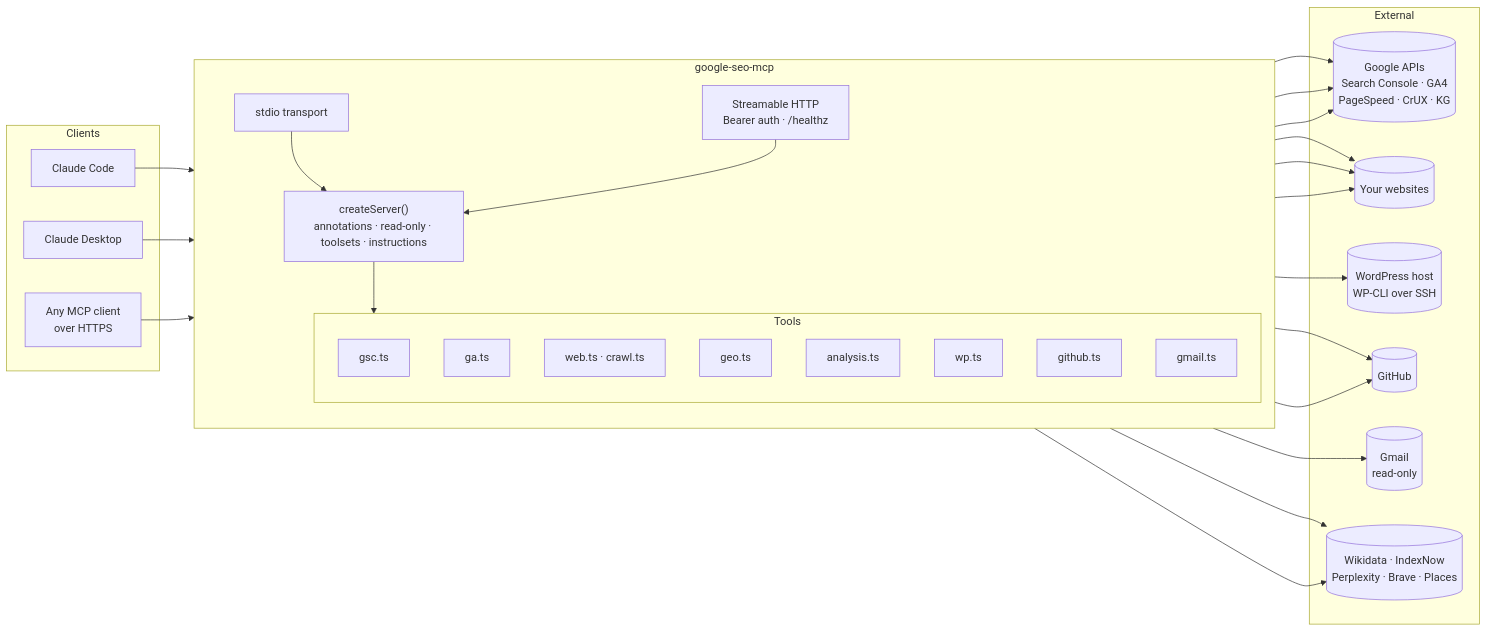
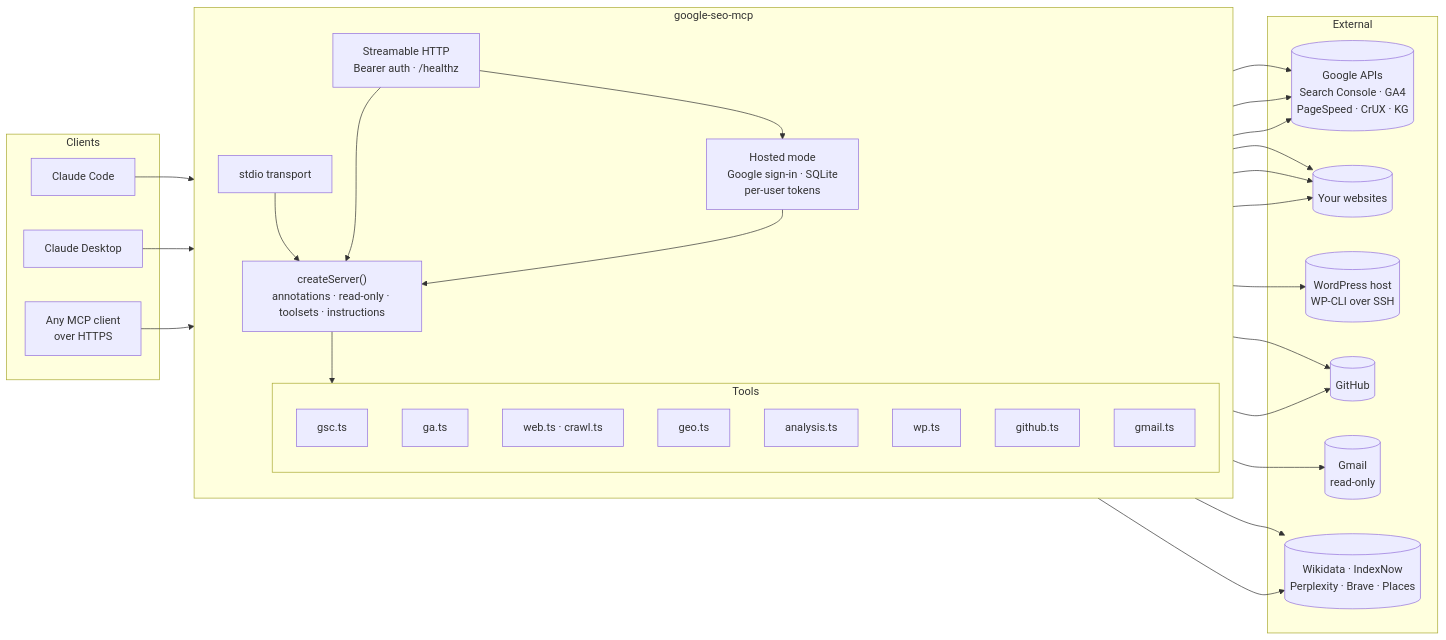
Before and after one commit to Akxan/google-seo-mcp: the diagram in README.md, drawn with Mermaid. The commit also changed other lines of this file and 17 other files, not shown here.

````diff
--- a/README.md
+++ b/README.md
@@ -76,49 +77,52 @@
 ```mermaid
 flowchart LR
     subgraph Clients
         CC[Claude Code]
         CD[Claude Desktop]
         HTTP[Any MCP client<br/>over HTTPS]
     end
 
     subgraph Server["google-seo-mcp"]
         direction TB
         T1[stdio transport]
         T2[Streamable HTTP<br/>Bearer auth · /healthz]
+        HM[Hosted mode<br/>Google sign-in · SQLite<br/>per-user tokens]
         S["createServer()<br/>annotations · read-only · toolsets · instructions"]
         subgraph Tools
             GSC[gsc.ts]
             GA[ga.ts]
             WEB[web.ts · crawl.ts]
             GEO[geo.ts]
             AN[analysis.ts]
             WP[wp.ts]
             GH[github.ts]
             GM[gmail.ts]
         end
         T1 --> S
         T2 --> S
         S --> Tools
     end
 
     subgraph External
         G[(Google APIs<br/>Search Console · GA4<br/>PageSpeed · CrUX · KG)]
         SITES[(Your websites)]
         WPH[(WordPress host<br/>WP-CLI over SSH)]
         GHA[(GitHub)]
         GMA[(Gmail<br/>read-only)]
         X[(Wikidata · IndexNow<br/>Perplexity · Brave · Places)]
     end
 
     CC --> T1
     CD --> T1
     HTTP --> T2
+    T2 --> HM
+    HM --> S
     GSC & GA --> G
     WEB & GEO & AN --> SITES
     GEO & AN --> X
     AN --> G
     WP --> WPH
     GH --> GHA
     GM --> GMA
     GM --> GHA
 ```
````
